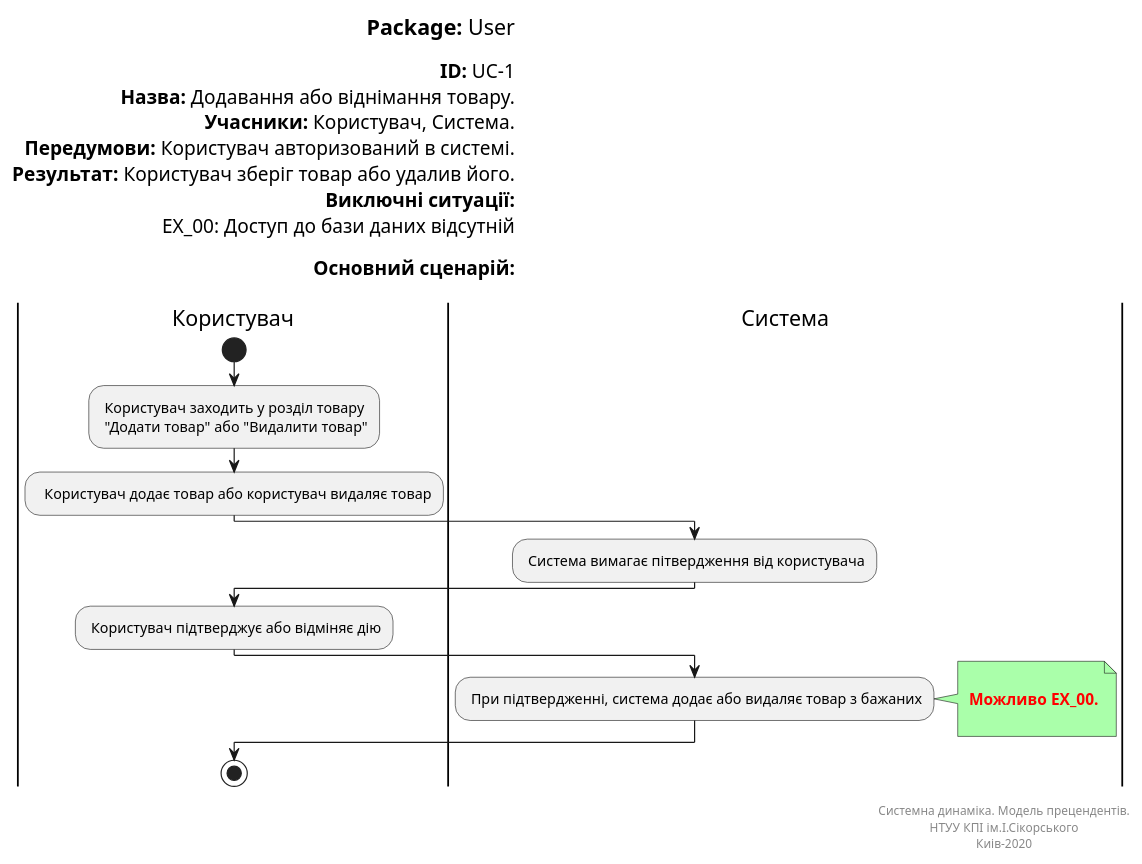
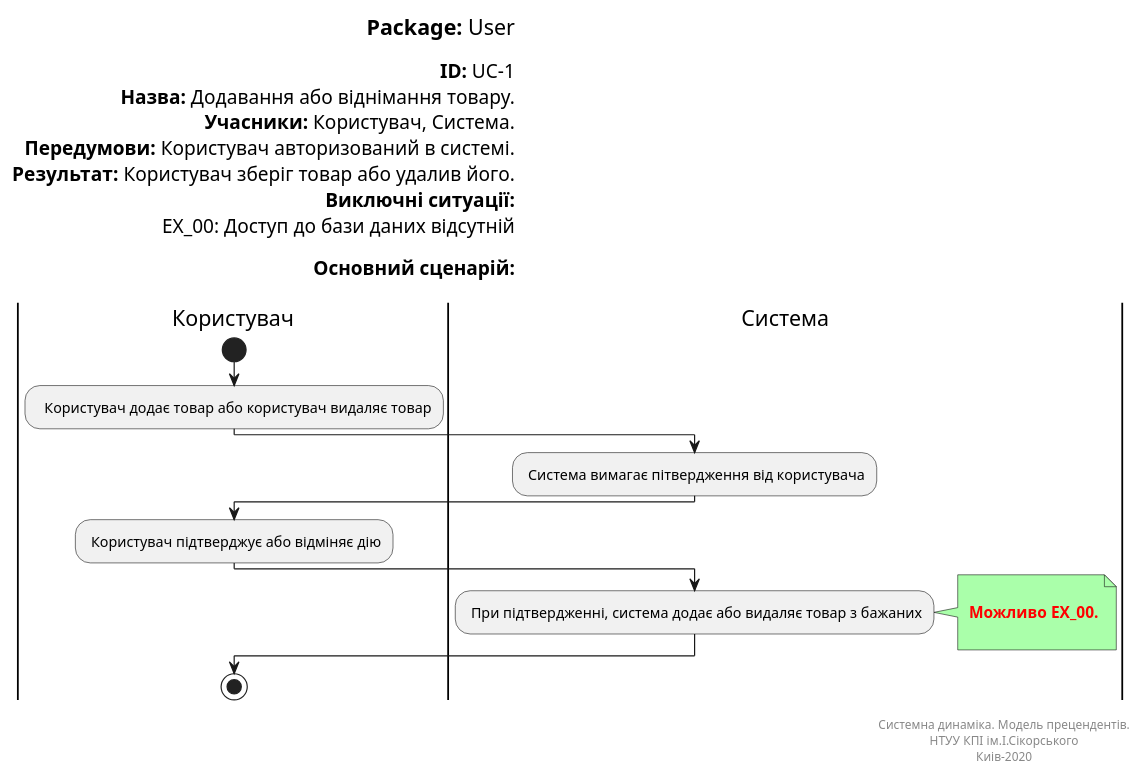
Before and after one commit to kirilinsane/Team2: the diagram in Doc/UMLdiagrams/scenarios/user/Diagrams/UML/UC1.pu, drawn with PlantUML.

```diff
--- a/Doc/UMLdiagrams/scenarios/user/Diagrams/UML/UC1.pu
+++ b/Doc/UMLdiagrams/scenarios/user/Diagrams/UML/UC1.pu
@@ -1,48 +1,44 @@
 @startuml
 left header
 <font color=000 size=18><b>Package:</b> User
 
 <font color=000 size=16><b>ID:</b> UC-1
 <font color=000 size=16><b>Назва:</b> Додавання або віднімання товару.
 <font color=000 size=16><b>Учасники:</b> Користувач, Система.
 <font color=000 size=16><b>Передумови:</b> Користувач авторизований в системі.
 <font color=000 size=16><b>Результат:</b> Користувач зберіг товар або удалив його.
 <font color=000 size=16><b>Виключні ситуації:</b>
 <font color=000 size=16> EX_00: Доступ до бази даних відсутній
 
 <font color=000 size=16><b>Основний сценарій:</b>
 
 end header
 
 |Користувач|
 start
-: Користувач заходить у розділ товару 
- "Додати товар" або "Видалити товар";
-
-|Користувач|
 :  Користувач додає товар або користувач видаляє товар;
 
 |Система|
 : Система вимагає пітвердження від користувача;
 
 |Користувач|
 : Користувач підтверджує або відміняє дію;
 
 |Система|
 : При підтвердженні, система додає або видаляє товар з бажаних;
 note right #aaffaa
 
 <font color=red><b> Можливо EX_00.
 
 end note
 
 |Користувач|
 stop;
 
 right footer
 
 Системна динаміка. Модель прецендентів.
 НТУУ КПІ ім.І.Сікорського
 Киів-2020
 end footer
 @enduml
```
